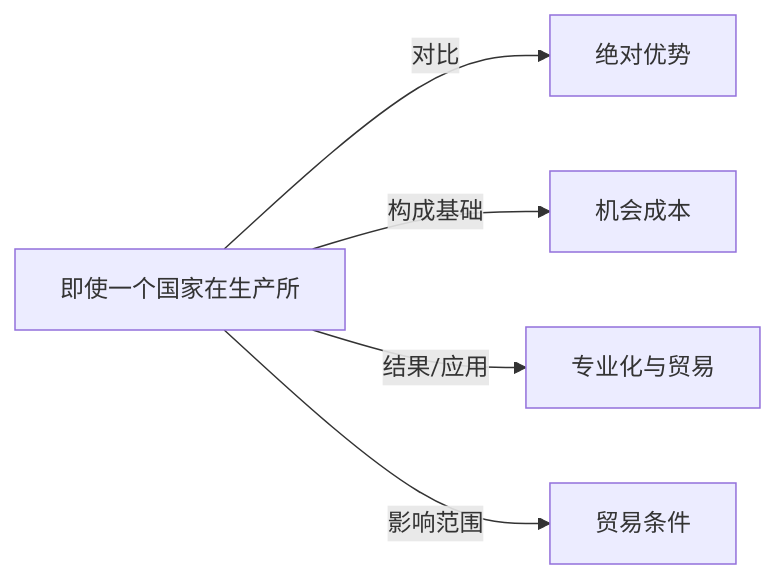
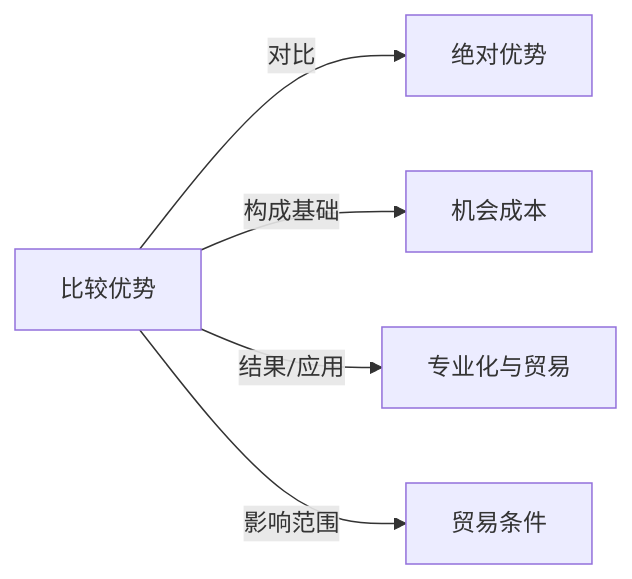
One commit to KIMMCHOW/MyKnowledge changed the diagram in Knowledge/Concepts/经济/比较优势.md. Above: the diagram before and after it, drawn with Mermaid. The commit also changed 96 other files, not shown here.

Commit message:
fix: 修复概念页关系图节点并补齐缺失关联

````diff
--- a/Knowledge/Concepts/经济/比较优势.md
+++ b/Knowledge/Concepts/经济/比较优势.md
@@ -43,7 +43,7 @@
 ```mermaid
 graph LR
-    即使一个国家在生产所 -->|对比| 绝对优势
-    即使一个国家在生产所 -->|构成基础| 机会成本
-    即使一个国家在生产所 -->|结果/应用| 专业化与贸易
-    即使一个国家在生产所 -->|影响范围| 贸易条件
+比较优势 -->|对比| 绝对优势
+比较优势 -->|构成基础| 机会成本
+比较优势 -->|结果/应用| 专业化与贸易
+比较优势 -->|影响范围| 贸易条件
 ```
````
